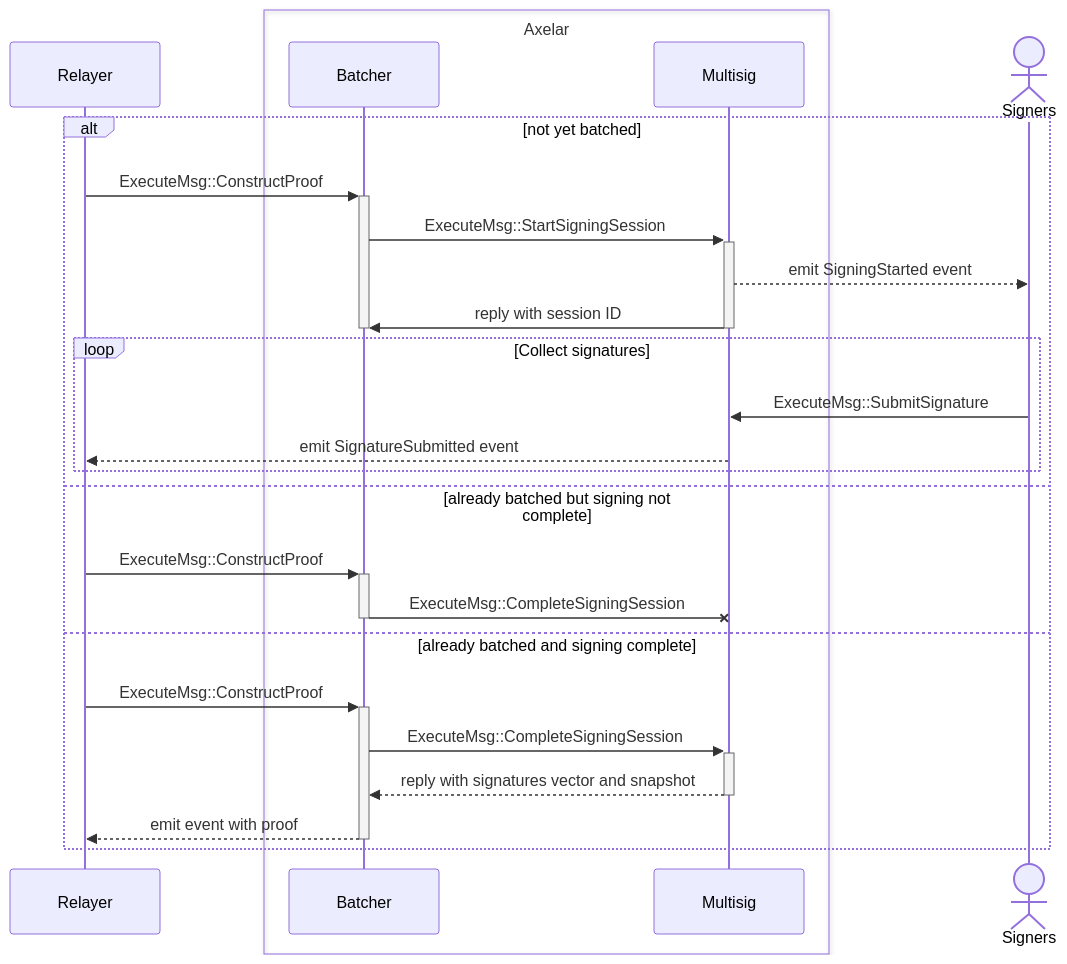
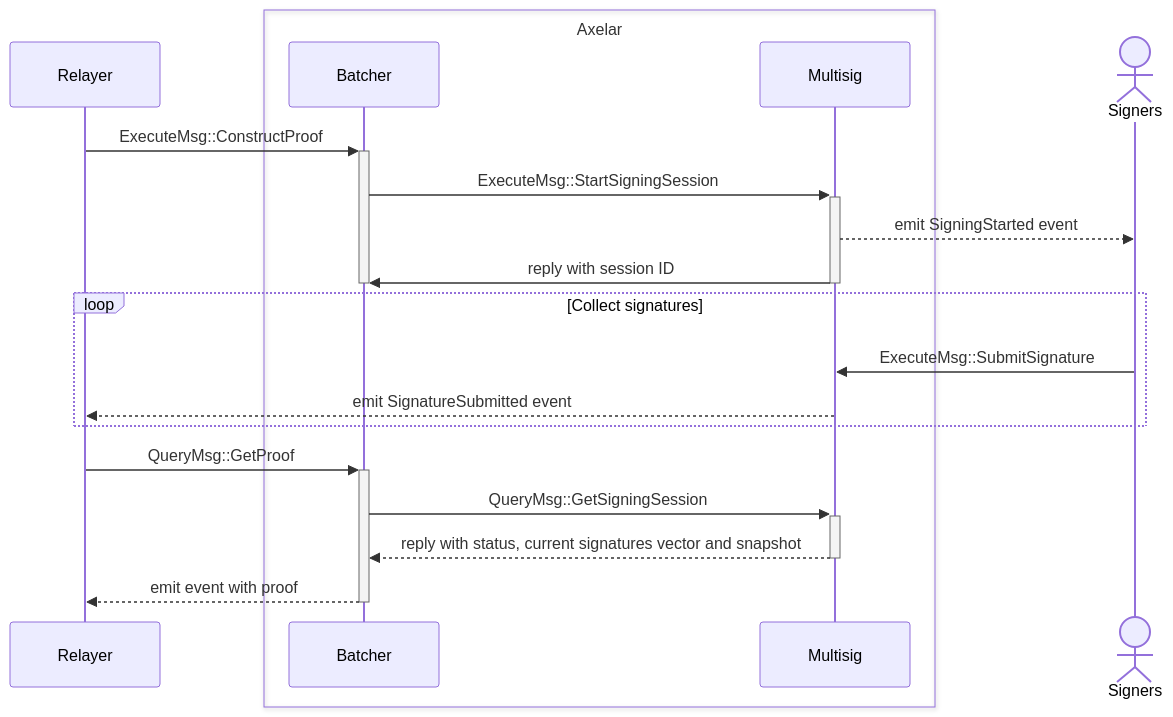
Before and after one commit to axelarnetwork/axelar-amplifier: the second of 2 diagrams in contracts/multisig/README.md, drawn with Mermaid. The commit also changed other lines of this file, not shown here.

Commit message:
Added queries to get multisig session

````diff
--- a/contracts/multisig/README.md
+++ b/contracts/multisig/README.md
@@ -26,29 +26,25 @@
 ```mermaid
 sequenceDiagram
 participant Relayer
 box Axelar
 participant Batcher
 participant Multisig
 end
 actor Signers
 
-alt not yet batched
-	Relayer->>+Batcher: ExecuteMsg::ConstructProof
-	Batcher->>+Multisig: ExecuteMsg::StartSigningSession
-	Multisig-->>Signers: emit SigningStarted event
-	Multisig->>-Batcher: reply with session ID
-	deactivate Batcher
-  loop Collect signatures
-    Signers->>Multisig: ExecuteMsg::SubmitSignature
-    Multisig-->>Relayer: emit SignatureSubmitted event
-  end
-else already batched but signing not complete
-	Relayer->>+Batcher: ExecuteMsg::ConstructProof
-	Batcher-x-Multisig: ExecuteMsg::CompleteSigningSession
-else already batched and signing complete
-	Relayer->>+Batcher: ExecuteMsg::ConstructProof
-	Batcher->>+Multisig: ExecuteMsg::CompleteSigningSession
-	Multisig-->>-Batcher: reply with signatures vector and snapshot
-	Batcher-->>-Relayer: emit event with proof
+
+Relayer->>+Batcher: ExecuteMsg::ConstructProof
+Batcher->>+Multisig: ExecuteMsg::StartSigningSession
+Multisig-->>Signers: emit SigningStarted event
+Multisig->>-Batcher: reply with session ID
+deactivate Batcher
+loop Collect signatures
+  Signers->>Multisig: ExecuteMsg::SubmitSignature
+  Multisig-->>Relayer: emit SignatureSubmitted event
 end
+Relayer->>+Batcher: QueryMsg::GetProof
+Batcher->>+Multisig: QueryMsg::GetSigningSession
+Multisig-->>-Batcher: reply with status, current signatures vector and snapshot
+Batcher-->>-Relayer: emit event with proof
+
 ```
````
